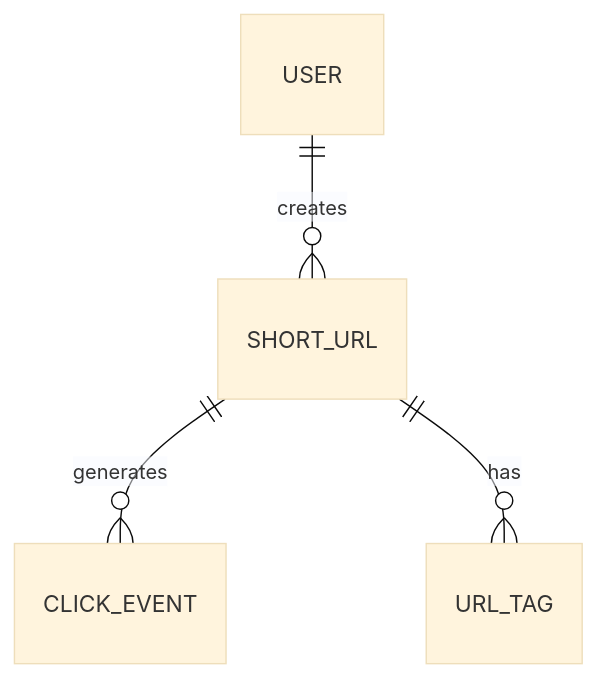
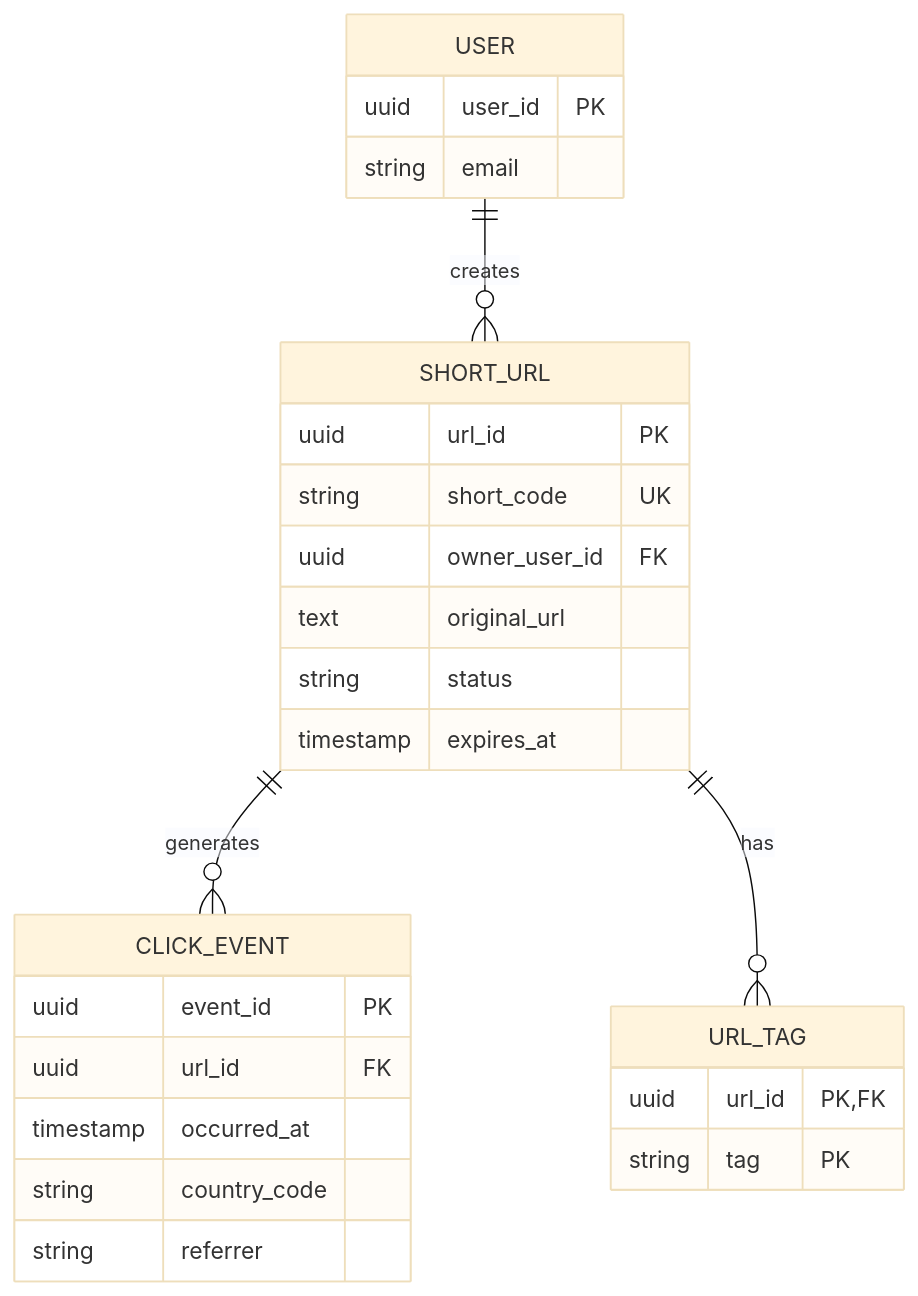
The first of 2 diagrams in System-Design/05-URL-Shortener/data-model.md (azam123/Engineering-Interview-Prep), drawn with Mermaid (base theme) before and after one commit. The commit also changed other lines of this file, not shown here.

Commit message:
docs: add visual diagrams to URL shortener data model

````diff
--- a/System-Design/05-URL-Shortener/data-model.md
+++ b/System-Design/05-URL-Shortener/data-model.md
@@ -4,6 +7,30 @@
 ```mermaid
 erDiagram
     USER ||--o{ SHORT_URL : creates
     SHORT_URL ||--o{ CLICK_EVENT : generates
     SHORT_URL ||--o{ URL_TAG : has
+
+    USER {
+      uuid user_id PK
+      string email
+    }
+    SHORT_URL {
+      uuid url_id PK
+      string short_code UK
+      uuid owner_user_id FK
+      text original_url
+      string status
+      timestamp expires_at
+    }
+    CLICK_EVENT {
+      uuid event_id PK
+      uuid url_id FK
+      timestamp occurred_at
+      string country_code
+      string referrer
+    }
+    URL_TAG {
+      uuid url_id PK,FK
+      string tag PK
+    }
 ```
````
